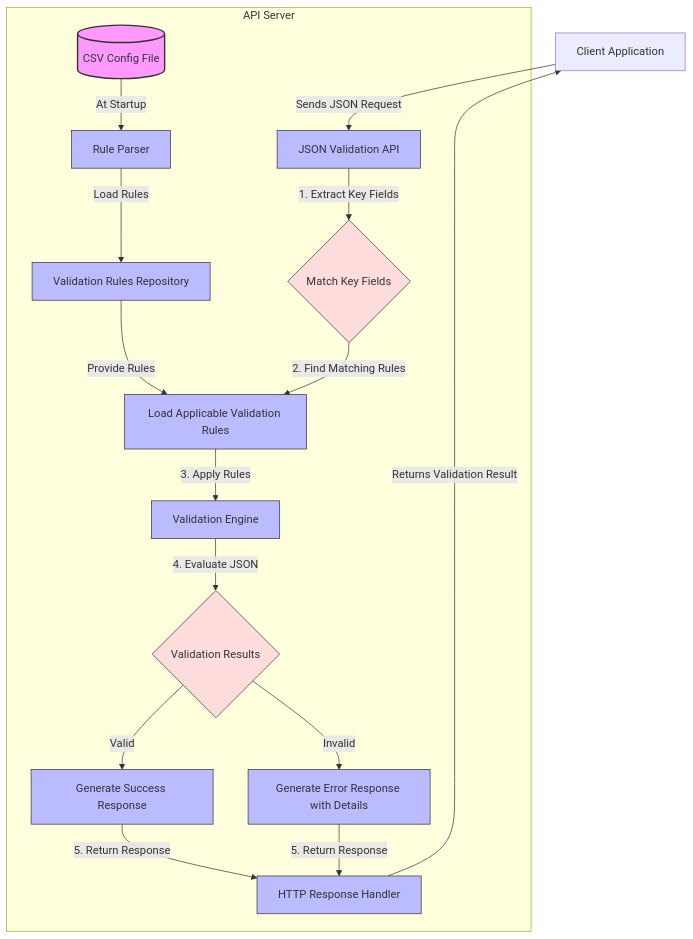
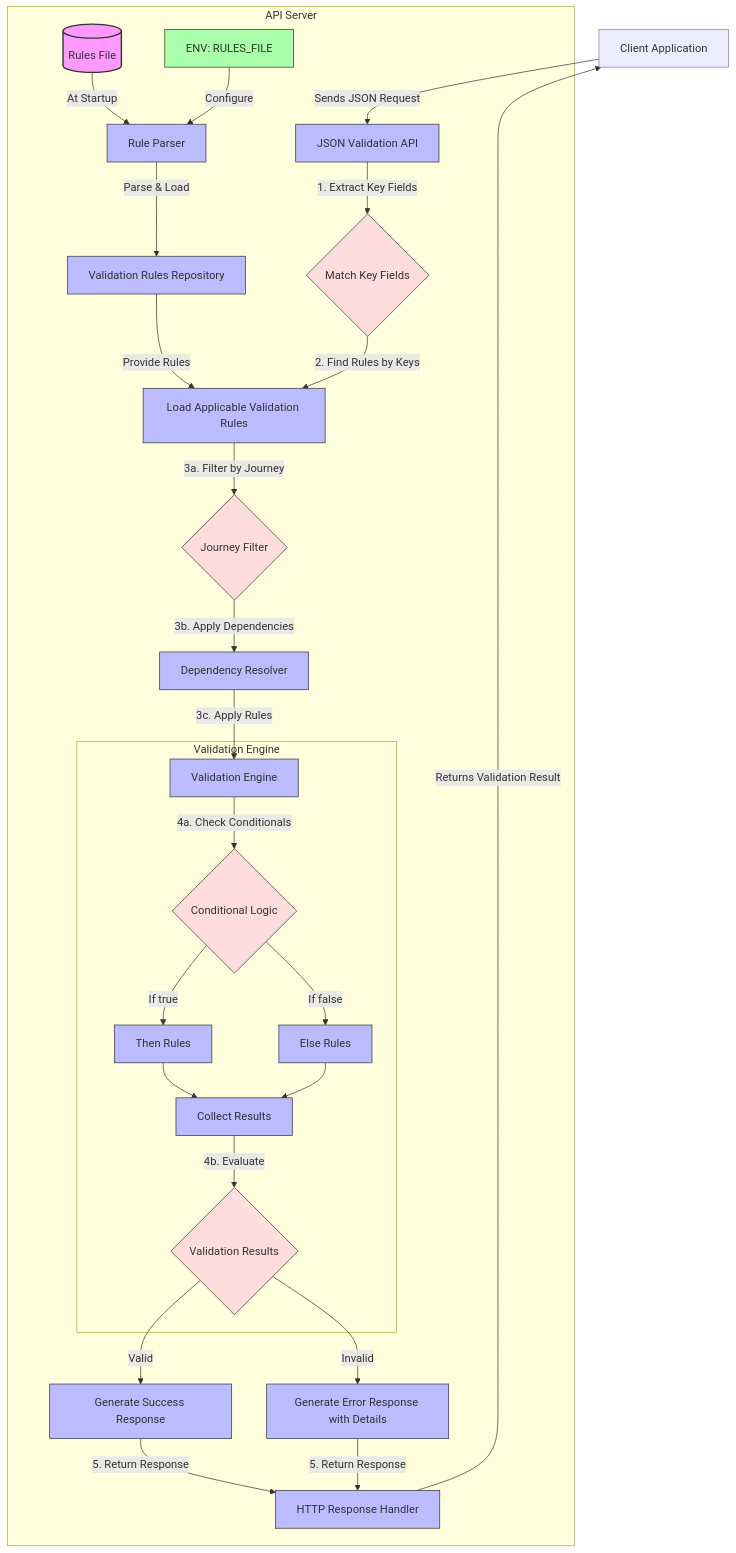
Before and after one commit to blueboxgarage/DQR: the diagram in system-diagram.mermaid, drawn with Mermaid. The commit also changed 1 other file, not shown here.

Commit message:
updated system docs / removed old rules.csv

```diff
--- a/system-diagram.mermaid
+++ b/system-diagram.mermaid
@@ -1,30 +1,43 @@
 flowchart TD
     A[Client Application] -->|Sends JSON Request| B[JSON Validation API]
     
     subgraph "API Server"
     B -->|1. Extract Key Fields| C{Match Key Fields}
-    C -->|2. Find Matching Rules| D[Load Applicable Validation Rules]
+    C -->|2. Find Rules by Keys| D[Load Applicable Validation Rules]
     
-    E[(CSV Config File)] -->|"At Startup"| F[Rule Parser]
-    F -->|"Load Rules"| G[Validation Rules Repository]
+    E[(Rules File)]:::configFile -->|"At Startup"| F[Rule Parser]
+    ENVVAR[ENV: RULES_FILE]:::env -->|"Configure"| F
+    F -->|"Parse & Load"| G[Validation Rules Repository]
     G -->|"Provide Rules"| D
     
-    D -->|3. Apply Rules| H[Validation Engine]
-    H -->|4. Evaluate JSON| I{Validation Results}
+    D -->|3a. Filter by Journey| JOURNEY{Journey Filter}
+    JOURNEY -->|3b. Apply Dependencies| DEP[Dependency Resolver]
+    DEP -->|3c. Apply Rules| H[Validation Engine]
+    
+    subgraph "Validation Engine"
+    H -->|4a. Check Conditionals| COND{Conditional Logic}
+    COND -->|If true| THEN[Then Rules]
+    COND -->|If false| ELSE[Else Rules]
+    THEN --> RESULTS[Collect Results]
+    ELSE --> RESULTS
+    RESULTS -->|4b. Evaluate| I{Validation Results}
+    end
     
     I -->|Valid| J[Generate Success Response]
     I -->|Invalid| K[Generate Error Response with Details]
     
     J -->|5. Return Response| L[HTTP Response Handler]
     K -->|5. Return Response| L
     end
     
     L -->|Returns Validation Result| A
 
     classDef configFile fill:#f9f,stroke:#333,stroke-width:2px
     classDef process fill:#bbf,stroke:#333,stroke-width:1px
     classDef decision fill:#fdd,stroke:#333,stroke-width:1px
+    classDef env fill:#afa,stroke:#333,stroke-width:1px
     
     class E configFile
-    class B,D,F,G,H,J,K,L process
-    class C,I decision
+    class ENVVAR env
+    class B,D,F,G,DEP,H,THEN,ELSE,RESULTS,J,K,L process
+    class C,JOURNEY,COND,I decision
```
